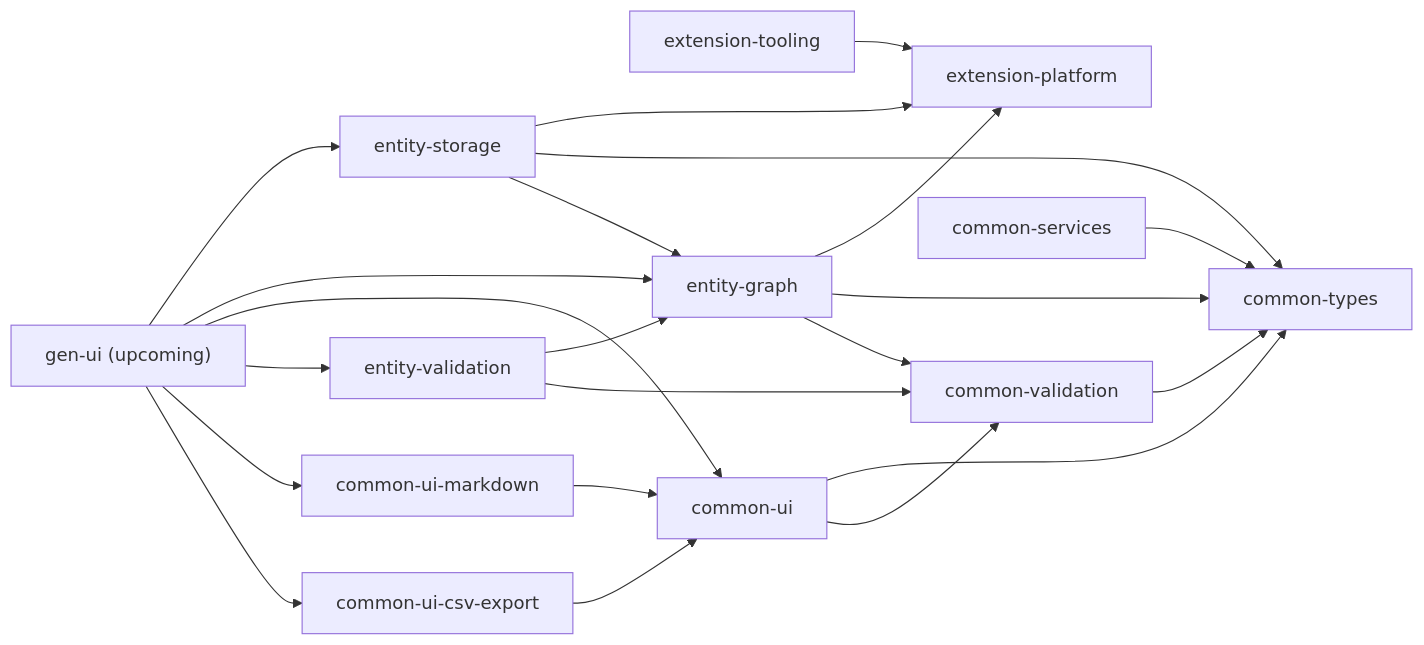
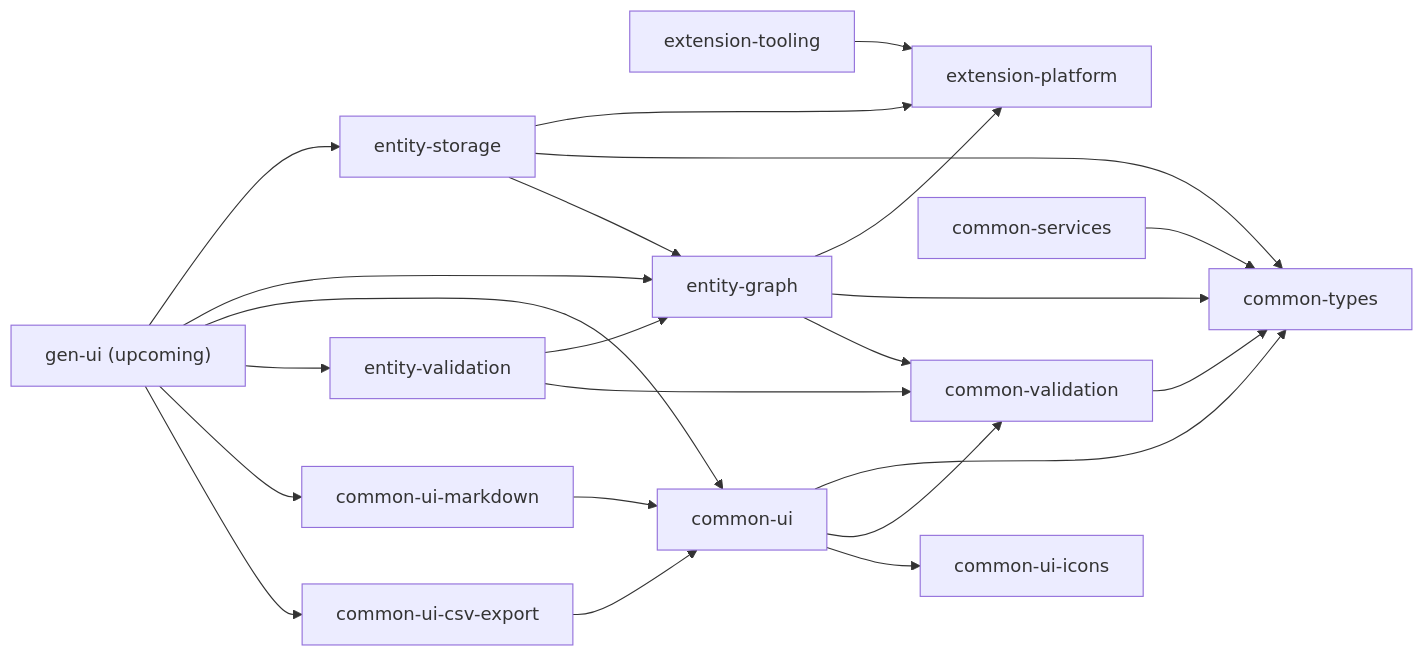
One commit to seij-net/seij-commons-js changed the diagram in README.md. Above: the diagram before and after it, drawn with Mermaid. The commit also changed other lines of this file and 45 other files, not shown here.

Commit message:
New package common-ui-icons

````diff
--- a/README.md
+++ b/README.md
@@ -17,44 +17,46 @@
 ```mermaid
 flowchart LR
   ExtensionPlatform[extension-platform]
   ExtensionTooling[extension-tooling]
   CommonTypes[common-types]
   CommonValidation[common-validation]
   CommonServices[common-services]
   CommonUI[common-ui]
+  CommonUIIcons[common-ui-icons]
   CommonMarkdown[common-ui-markdown]
   CommonCsv[common-ui-csv-export]
   EntityGraph[entity-graph]
   EntityStorage[entity-storage]
   EntityValidation[entity-validation]
   GenUI["gen-ui (upcoming)"]
 
   ExtensionTooling --> ExtensionPlatform
   CommonValidation --> CommonTypes
   CommonServices --> CommonTypes
 
   EntityGraph --> ExtensionPlatform
   EntityGraph --> CommonTypes
   EntityGraph --> CommonValidation
 
   EntityStorage --> ExtensionPlatform
   EntityStorage --> CommonTypes
   EntityStorage --> EntityGraph
 
   EntityValidation --> EntityGraph
   EntityValidation --> CommonValidation
 
   CommonUI --> CommonTypes
   CommonUI --> CommonValidation
+  CommonUI --> CommonUIIcons
 
   CommonMarkdown --> CommonUI
   CommonCsv --> CommonUI
 
   
   GenUI --> EntityStorage
   GenUI --> EntityGraph
   GenUI --> CommonUI
   GenUI --> EntityValidation
   GenUI --> CommonMarkdown
   GenUI --> CommonCsv
 ```
````
